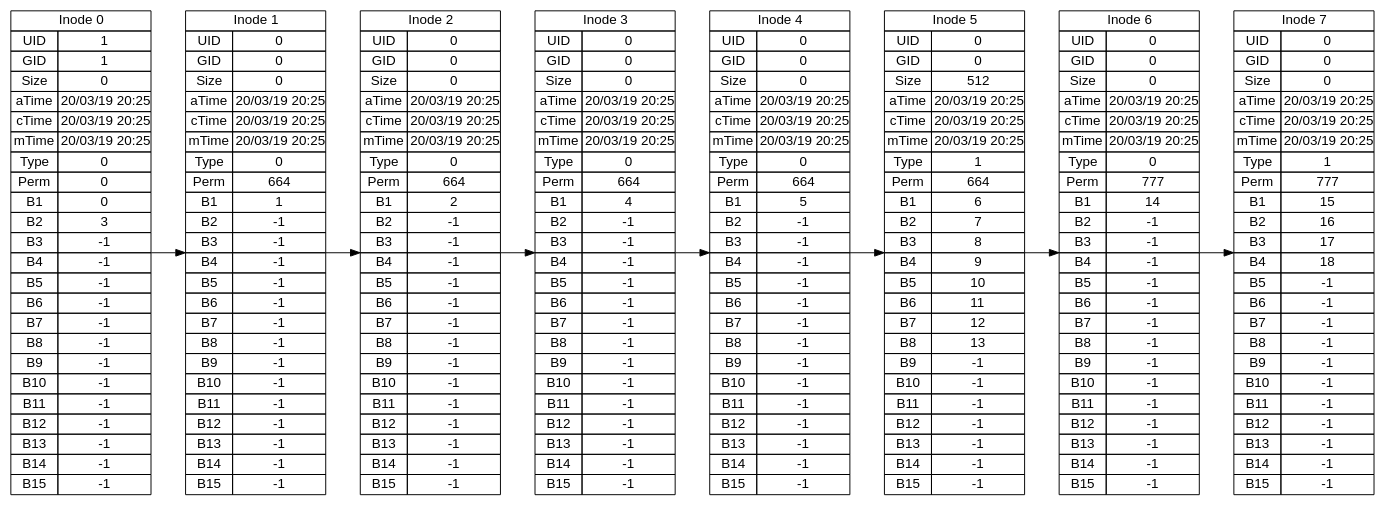
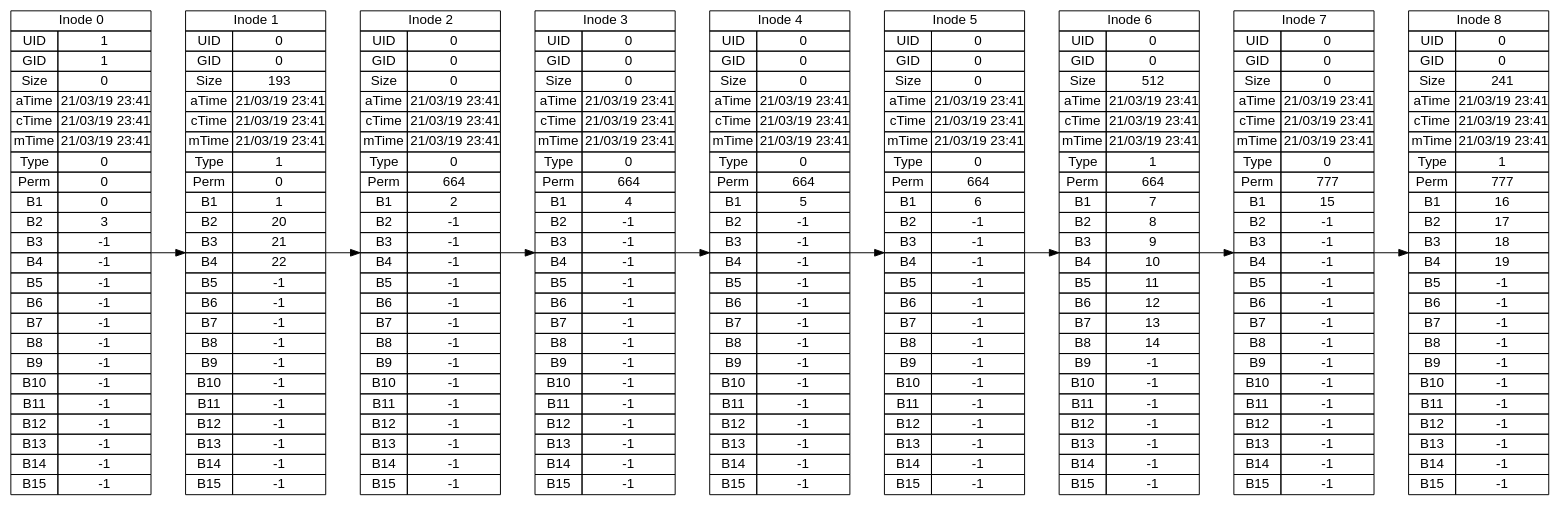
The diagram in build-UltraFileManager-Desktop_Qt_5_10_0_GCC_64bit-Debug/inode_list.dot (SebastianSNZ/FailsOwO), drawn with Graphviz before and after one commit. The commit also changed 9 other files, not shown here.

```diff
--- a/build-UltraFileManager-Desktop_Qt_5_10_0_GCC_64bit-Debug/inode_list.dot
+++ b/build-UltraFileManager-Desktop_Qt_5_10_0_GCC_64bit-Debug/inode_list.dot
@@ -9,9 +9,9 @@
 			<tr> <td>UID</td> <td>1</td> </tr>
 			<tr> <td>GID</td> <td>1</td> </tr>
 			<tr> <td>Size</td> <td>0</td> </tr>
-			<tr> <td>aTime</td> <td>20/03/19 20:25</td> </tr>
-			<tr> <td>cTime</td> <td>20/03/19 20:25</td> </tr>
-			<tr> <td>mTime</td> <td>20/03/19 20:25</td> </tr>
+			<tr> <td>aTime</td> <td>21/03/19 23:41</td> </tr>
+			<tr> <td>cTime</td> <td>21/03/19 23:41</td> </tr>
+			<tr> <td>mTime</td> <td>21/03/19 23:41</td> </tr>
 			<tr> <td>Type</td> <td>0</td> </tr>
 			<tr> <td>Perm</td> <td>0</td> </tr>
 			<tr> <td>B1</td> <td>0</td> </tr>
@@ -36,16 +36,16 @@
 			<tr> <td colspan = "2">Inode 1</td> </tr>
 			<tr> <td>UID</td> <td>0</td> </tr>
 			<tr> <td>GID</td> <td>0</td> </tr>
-			<tr> <td>Size</td> <td>0</td> </tr>
-			<tr> <td>aTime</td> <td>20/03/19 20:25</td> </tr>
-			<tr> <td>cTime</td> <td>20/03/19 20:25</td> </tr>
-			<tr> <td>mTime</td> <td>20/03/19 20:25</td> </tr>
-			<tr> <td>Type</td> <td>0</td> </tr>
-			<tr> <td>Perm</td> <td>664</td> </tr>
+			<tr> <td>Size</td> <td>193</td> </tr>
+			<tr> <td>aTime</td> <td>21/03/19 23:41</td> </tr>
+			<tr> <td>cTime</td> <td>21/03/19 23:41</td> </tr>
+			<tr> <td>mTime</td> <td>21/03/19 23:41</td> </tr>
+			<tr> <td>Type</td> <td>1</td> </tr>
+			<tr> <td>Perm</td> <td>0</td> </tr>
 			<tr> <td>B1</td> <td>1</td> </tr>
-			<tr> <td>B2</td> <td>-1</td> </tr>
-			<tr> <td>B3</td> <td>-1</td> </tr>
-			<tr> <td>B4</td> <td>-1</td> </tr>
+			<tr> <td>B2</td> <td>20</td> </tr>
+			<tr> <td>B3</td> <td>21</td> </tr>
+			<tr> <td>B4</td> <td>22</td> </tr>
 			<tr> <td>B5</td> <td>-1</td> </tr>
 			<tr> <td>B6</td> <td>-1</td> </tr>
 			<tr> <td>B7</td> <td>-1</td> </tr>
@@ -66,9 +66,9 @@
 			<tr> <td>UID</td> <td>0</td> </tr>
 			<tr> <td>GID</td> <td>0</td> </tr>
 			<tr> <td>Size</td> <td>0</td> </tr>
-			<tr> <td>aTime</td> <td>20/03/19 20:25</td> </tr>
-			<tr> <td>cTime</td> <td>20/03/19 20:25</td> </tr>
-			<tr> <td>mTime</td> <td>20/03/19 20:25</td> </tr>
+			<tr> <td>aTime</td> <td>21/03/19 23:41</td> </tr>
+			<tr> <td>cTime</td> <td>21/03/19 23:41</td> </tr>
+			<tr> <td>mTime</td> <td>21/03/19 23:41</td> </tr>
 			<tr> <td>Type</td> <td>0</td> </tr>
 			<tr> <td>Perm</td> <td>664</td> </tr>
 			<tr> <td>B1</td> <td>2</td> </tr>
@@ -95,9 +95,9 @@
 			<tr> <td>UID</td> <td>0</td> </tr>
 			<tr> <td>GID</td> <td>0</td> </tr>
 			<tr> <td>Size</td> <td>0</td> </tr>
-			<tr> <td>aTime</td> <td>20/03/19 20:25</td> </tr>
-			<tr> <td>cTime</td> <td>20/03/19 20:25</td> </tr>
-			<tr> <td>mTime</td> <td>20/03/19 20:25</td> </tr>
+			<tr> <td>aTime</td> <td>21/03/19 23:41</td> </tr>
+			<tr> <td>cTime</td> <td>21/03/19 23:41</td> </tr>
+			<tr> <td>mTime</td> <td>21/03/19 23:41</td> </tr>
 			<tr> <td>Type</td> <td>0</td> </tr>
 			<tr> <td>Perm</td> <td>664</td> </tr>
 			<tr> <td>B1</td> <td>4</td> </tr>
@@ -124,9 +124,9 @@
 			<tr> <td>UID</td> <td>0</td> </tr>
 			<tr> <td>GID</td> <td>0</td> </tr>
 			<tr> <td>Size</td> <td>0</td> </tr>
-			<tr> <td>aTime</td> <td>20/03/19 20:25</td> </tr>
-			<tr> <td>cTime</td> <td>20/03/19 20:25</td> </tr>
-			<tr> <td>mTime</td> <td>20/03/19 20:25</td> </tr>
+			<tr> <td>aTime</td> <td>21/03/19 23:41</td> </tr>
+			<tr> <td>cTime</td> <td>21/03/19 23:41</td> </tr>
+			<tr> <td>mTime</td> <td>21/03/19 23:41</td> </tr>
 			<tr> <td>Type</td> <td>0</td> </tr>
 			<tr> <td>Perm</td> <td>664</td> </tr>
 			<tr> <td>B1</td> <td>5</td> </tr>
@@ -152,42 +152,13 @@
 			<tr> <td colspan = "2">Inode 5</td> </tr>
 			<tr> <td>UID</td> <td>0</td> </tr>
 			<tr> <td>GID</td> <td>0</td> </tr>
-			<tr> <td>Size</td> <td>512</td> </tr>
-			<tr> <td>aTime</td> <td>20/03/19 20:25</td> </tr>
-			<tr> <td>cTime</td> <td>20/03/19 20:25</td> </tr>
-			<tr> <td>mTime</td> <td>20/03/19 20:25</td> </tr>
-			<tr> <td>Type</td> <td>1</td> </tr>
+			<tr> <td>Size</td> <td>0</td> </tr>
+			<tr> <td>aTime</td> <td>21/03/19 23:41</td> </tr>
+			<tr> <td>cTime</td> <td>21/03/19 23:41</td> </tr>
+			<tr> <td>mTime</td> <td>21/03/19 23:41</td> </tr>
+			<tr> <td>Type</td> <td>0</td> </tr>
 			<tr> <td>Perm</td> <td>664</td> </tr>
 			<tr> <td>B1</td> <td>6</td> </tr>
-			<tr> <td>B2</td> <td>7</td> </tr>
-			<tr> <td>B3</td> <td>8</td> </tr>
-			<tr> <td>B4</td> <td>9</td> </tr>
-			<tr> <td>B5</td> <td>10</td> </tr>
-			<tr> <td>B6</td> <td>11</td> </tr>
-			<tr> <td>B7</td> <td>12</td> </tr>
-			<tr> <td>B8</td> <td>13</td> </tr>
-			<tr> <td>B9</td> <td>-1</td> </tr>
-			<tr> <td>B10</td> <td>-1</td> </tr>
-			<tr> <td>B11</td> <td>-1</td> </tr>
-			<tr> <td>B12</td> <td>-1</td> </tr>
-			<tr> <td>B13</td> <td>-1</td> </tr>
-			<tr> <td>B14</td> <td>-1</td> </tr>
-			<tr> <td>B15</td> <td>-1</td> </tr>
-	</table> >];
-
-	in4 -> in5;
-	in6 [shape=none, margin=0, label =<
-		<table border="0" cellborder="1" cellspacing="0">
-			<tr> <td colspan = "2">Inode 6</td> </tr>
-			<tr> <td>UID</td> <td>0</td> </tr>
-			<tr> <td>GID</td> <td>0</td> </tr>
-			<tr> <td>Size</td> <td>0</td> </tr>
-			<tr> <td>aTime</td> <td>20/03/19 20:25</td> </tr>
-			<tr> <td>cTime</td> <td>20/03/19 20:25</td> </tr>
-			<tr> <td>mTime</td> <td>20/03/19 20:25</td> </tr>
-			<tr> <td>Type</td> <td>0</td> </tr>
-			<tr> <td>Perm</td> <td>777</td> </tr>
-			<tr> <td>B1</td> <td>14</td> </tr>
 			<tr> <td>B2</td> <td>-1</td> </tr>
 			<tr> <td>B3</td> <td>-1</td> </tr>
 			<tr> <td>B4</td> <td>-1</td> </tr>
@@ -204,6 +175,35 @@
 			<tr> <td>B15</td> <td>-1</td> </tr>
 	</table> >];
 
+	in4 -> in5;
+	in6 [shape=none, margin=0, label =<
+		<table border="0" cellborder="1" cellspacing="0">
+			<tr> <td colspan = "2">Inode 6</td> </tr>
+			<tr> <td>UID</td> <td>0</td> </tr>
+			<tr> <td>GID</td> <td>0</td> </tr>
+			<tr> <td>Size</td> <td>512</td> </tr>
+			<tr> <td>aTime</td> <td>21/03/19 23:41</td> </tr>
+			<tr> <td>cTime</td> <td>21/03/19 23:41</td> </tr>
+			<tr> <td>mTime</td> <td>21/03/19 23:41</td> </tr>
+			<tr> <td>Type</td> <td>1</td> </tr>
+			<tr> <td>Perm</td> <td>664</td> </tr>
+			<tr> <td>B1</td> <td>7</td> </tr>
+			<tr> <td>B2</td> <td>8</td> </tr>
+			<tr> <td>B3</td> <td>9</td> </tr>
+			<tr> <td>B4</td> <td>10</td> </tr>
+			<tr> <td>B5</td> <td>11</td> </tr>
+			<tr> <td>B6</td> <td>12</td> </tr>
+			<tr> <td>B7</td> <td>13</td> </tr>
+			<tr> <td>B8</td> <td>14</td> </tr>
+			<tr> <td>B9</td> <td>-1</td> </tr>
+			<tr> <td>B10</td> <td>-1</td> </tr>
+			<tr> <td>B11</td> <td>-1</td> </tr>
+			<tr> <td>B12</td> <td>-1</td> </tr>
+			<tr> <td>B13</td> <td>-1</td> </tr>
+			<tr> <td>B14</td> <td>-1</td> </tr>
+			<tr> <td>B15</td> <td>-1</td> </tr>
+	</table> >];
+
 	in5 -> in6;
 	in7 [shape=none, margin=0, label =<
 		<table border="0" cellborder="1" cellspacing="0">
@@ -211,15 +211,15 @@
 			<tr> <td>UID</td> <td>0</td> </tr>
 			<tr> <td>GID</td> <td>0</td> </tr>
 			<tr> <td>Size</td> <td>0</td> </tr>
-			<tr> <td>aTime</td> <td>20/03/19 20:25</td> </tr>
-			<tr> <td>cTime</td> <td>20/03/19 20:25</td> </tr>
-			<tr> <td>mTime</td> <td>20/03/19 20:25</td> </tr>
-			<tr> <td>Type</td> <td>1</td> </tr>
+			<tr> <td>aTime</td> <td>21/03/19 23:41</td> </tr>
+			<tr> <td>cTime</td> <td>21/03/19 23:41</td> </tr>
+			<tr> <td>mTime</td> <td>21/03/19 23:41</td> </tr>
+			<tr> <td>Type</td> <td>0</td> </tr>
 			<tr> <td>Perm</td> <td>777</td> </tr>
 			<tr> <td>B1</td> <td>15</td> </tr>
-			<tr> <td>B2</td> <td>16</td> </tr>
-			<tr> <td>B3</td> <td>17</td> </tr>
-			<tr> <td>B4</td> <td>18</td> </tr>
+			<tr> <td>B2</td> <td>-1</td> </tr>
+			<tr> <td>B3</td> <td>-1</td> </tr>
+			<tr> <td>B4</td> <td>-1</td> </tr>
 			<tr> <td>B5</td> <td>-1</td> </tr>
 			<tr> <td>B6</td> <td>-1</td> </tr>
 			<tr> <td>B7</td> <td>-1</td> </tr>
@@ -234,4 +234,33 @@
 	</table> >];
 
 	in6 -> in7;
+	in8 [shape=none, margin=0, label =<
+		<table border="0" cellborder="1" cellspacing="0">
+			<tr> <td colspan = "2">Inode 8</td> </tr>
+			<tr> <td>UID</td> <td>0</td> </tr>
+			<tr> <td>GID</td> <td>0</td> </tr>
+			<tr> <td>Size</td> <td>241</td> </tr>
+			<tr> <td>aTime</td> <td>21/03/19 23:41</td> </tr>
+			<tr> <td>cTime</td> <td>21/03/19 23:41</td> </tr>
+			<tr> <td>mTime</td> <td>21/03/19 23:41</td> </tr>
+			<tr> <td>Type</td> <td>1</td> </tr>
+			<tr> <td>Perm</td> <td>777</td> </tr>
+			<tr> <td>B1</td> <td>16</td> </tr>
+			<tr> <td>B2</td> <td>17</td> </tr>
+			<tr> <td>B3</td> <td>18</td> </tr>
+			<tr> <td>B4</td> <td>19</td> </tr>
+			<tr> <td>B5</td> <td>-1</td> </tr>
+			<tr> <td>B6</td> <td>-1</td> </tr>
+			<tr> <td>B7</td> <td>-1</td> </tr>
+			<tr> <td>B8</td> <td>-1</td> </tr>
+			<tr> <td>B9</td> <td>-1</td> </tr>
+			<tr> <td>B10</td> <td>-1</td> </tr>
+			<tr> <td>B11</td> <td>-1</td> </tr>
+			<tr> <td>B12</td> <td>-1</td> </tr>
+			<tr> <td>B13</td> <td>-1</td> </tr>
+			<tr> <td>B14</td> <td>-1</td> </tr>
+			<tr> <td>B15</td> <td>-1</td> </tr>
+	</table> >];
+
+	in7 -> in8;
 }
```
